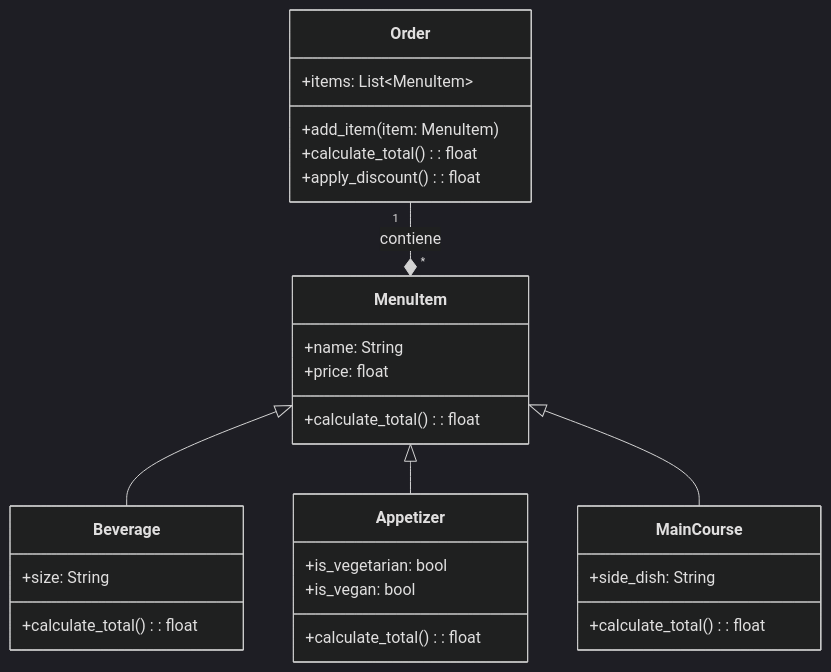
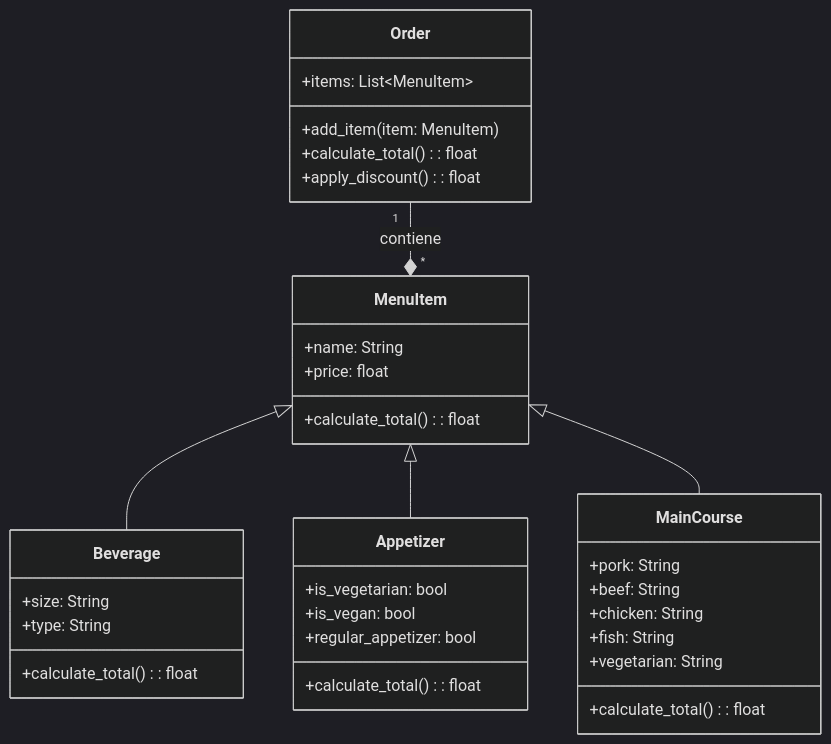
Before and after one commit to malopezla1/Reto-03: the diagram in README.md, drawn with Mermaid. The commit also changed other lines of this file, not shown here.

````diff
--- a/README.md
+++ b/README.md
@@ -261,37 +261,43 @@
 ```mermaid
 --- 
 config:
   theme: dark
 ---
 classDiagram
 direction TB
     class MenuItem {
 	    +name: String
 	    +price: float
 	    +calculate_total() : float
     }
     class Beverage {
 	    +size: String
+		+type: String 
 	    +calculate_total() : float
     }
     class Appetizer {
 	    +is_vegetarian: bool
 		+is_vegan: bool
+		+regular_appetizer: bool
 	    +calculate_total() : float
     }
     class MainCourse {
-	    +side_dish: String
+	    +pork: String
+		+beef: String
+		+chicken: String
+		+fish: String
+		+vegetarian: String
 	    +calculate_total() : float
     }
     class Order {
 	    +items: List~MenuItem~
 	    +add_item(item: MenuItem)
 	    +calculate_total() : float
 	    +apply_discount() : float
     }
 
     MenuItem <|-- Beverage
     MenuItem <|-- Appetizer
     MenuItem <|-- MainCourse
     Order "1" --* "*" MenuItem : contiene
 ```
````
